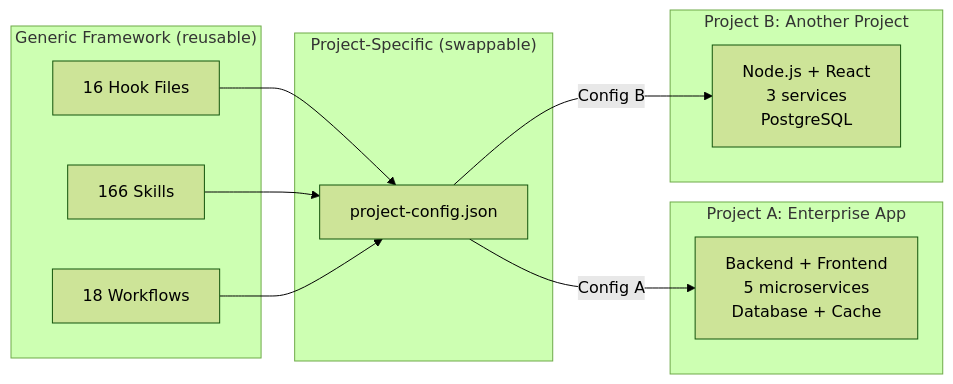
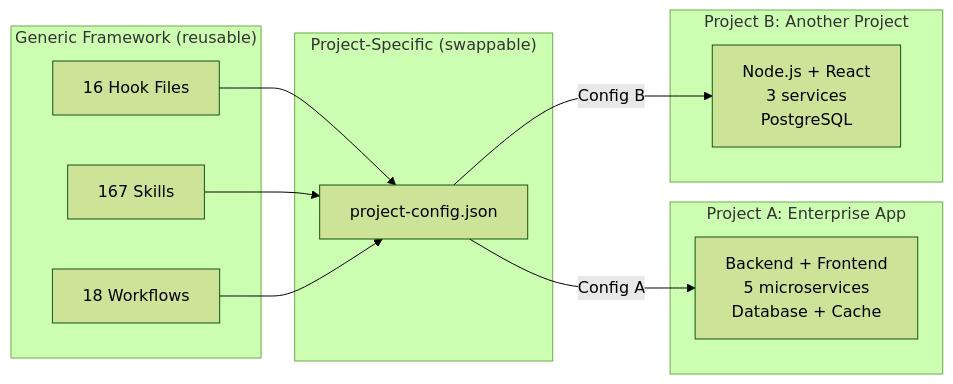
The eighth of 20 diagrams in .claude/docs/claude-ai-agent-framework-guide.md (duc01226/easy-claude), drawn with Mermaid (forest theme) before and after one commit. The commit also changed other lines of this file and 470 other files, not shown here.

````diff
--- a/.claude/docs/claude-ai-agent-framework-guide.md
+++ b/.claude/docs/claude-ai-agent-framework-guide.md
@@ -877,24 +877,24 @@
 ```mermaid
 graph LR
     subgraph "Generic Framework (reusable)"
         H[16 Hook Files]
-        S[166 Skills]
+        S[167 Skills]
         W[18 Workflows]
     end
 
     subgraph "Project-Specific (swappable)"
         PC[project-config.json]
     end
 
     subgraph "Project A: Enterprise App"
         PA[Backend + Frontend<br/>5 microservices<br/>Database + Cache]
     end
 
     subgraph "Project B: Another Project"
         PB[Node.js + React<br/>3 services<br/>PostgreSQL]
     end
 
     H & S & W --> PC
     PC -->|Config A| PA
     PC -->|Config B| PB
 ```
````
